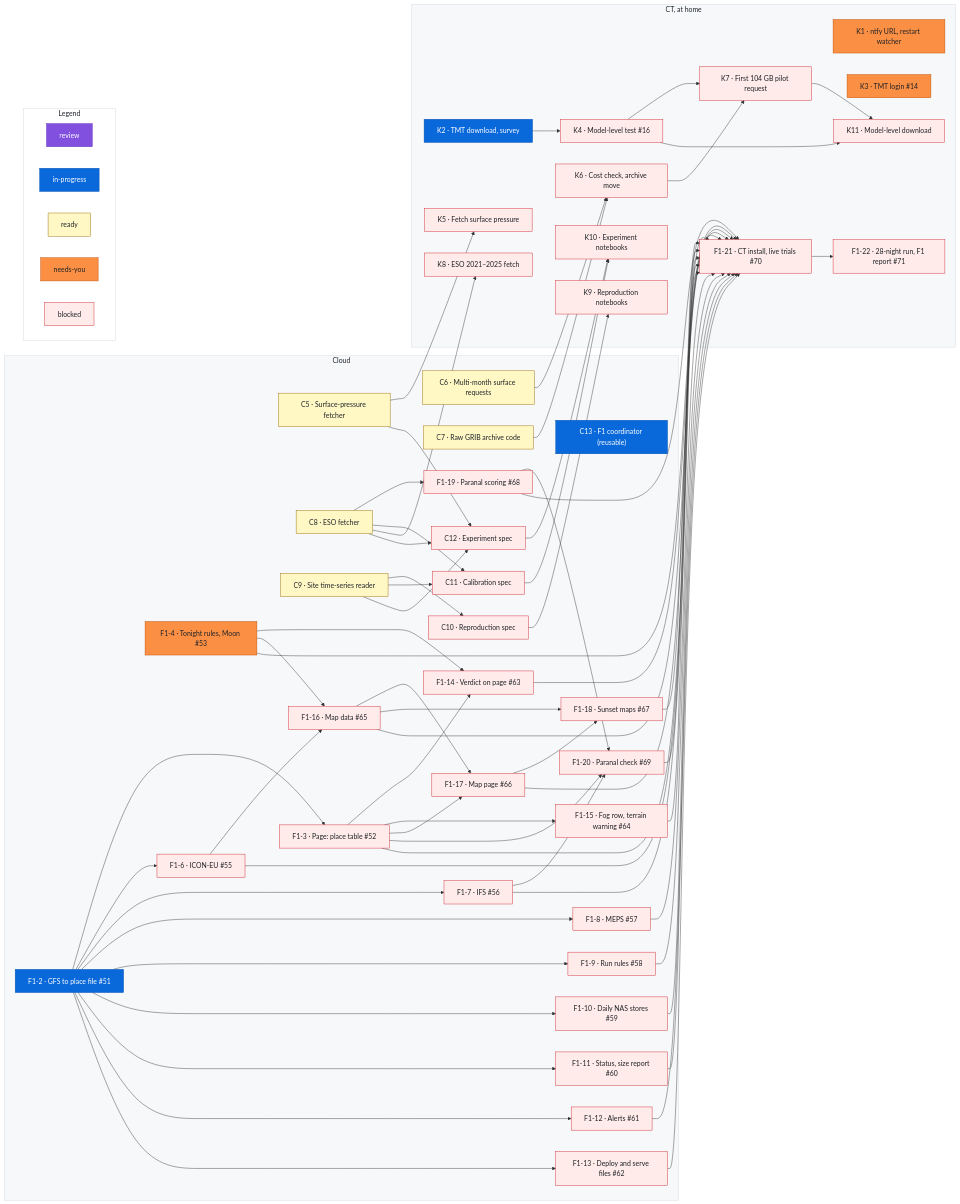
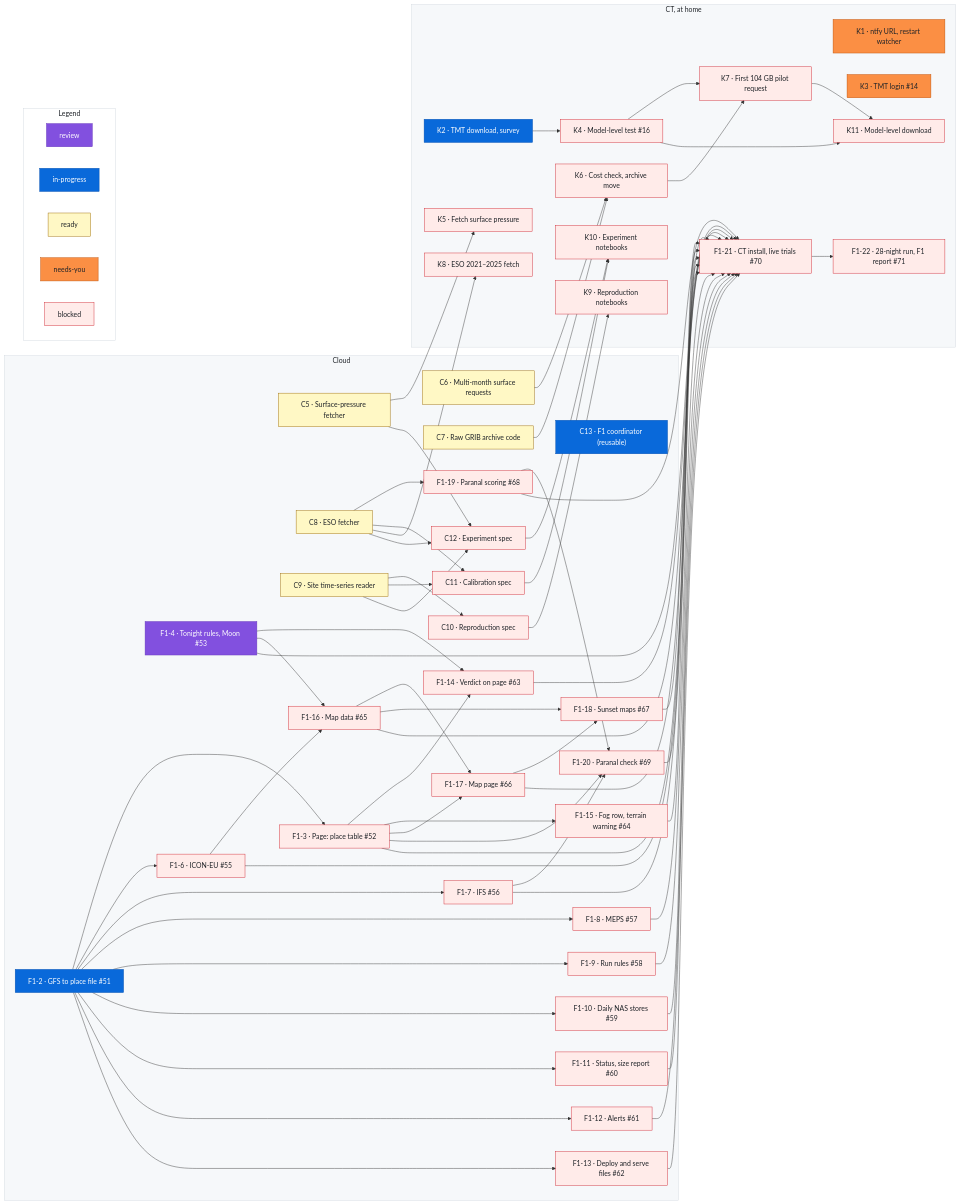
The diagram in docs/roadmap.md (rrweller/Astro-seeing), drawn with Mermaid before and after one commit. The commit also changed other lines of this file, not shown here.

Commit message:
roadmap: F1-4 needs-you → review

```diff
--- a/docs/roadmap.md
+++ b/docs/roadmap.md
@@ -243,7 +243,7 @@
   %% ---
   class F1_3 blocked
   %% ---
-  class F1_4 needsyou
+  class F1_4 review
   %% ---
   class F1_6 blocked
   %% ---
```
